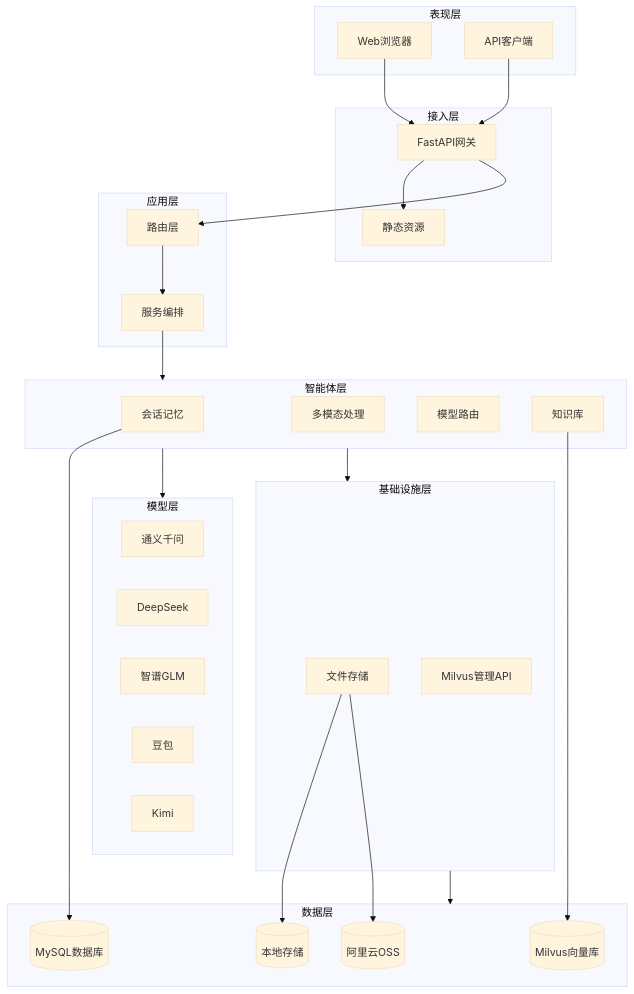
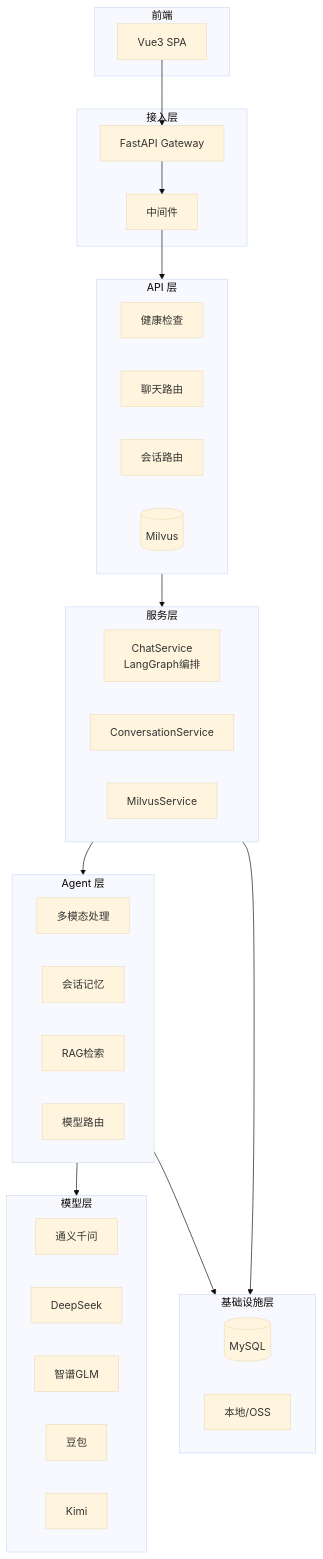
The second of 3 diagrams in README.md (chain-engine/x-XiChuang), drawn with Mermaid (base theme) before and after one commit. The commit also changed other lines of this file and 59 other files, not shown here.

Commit message:
refactor: rename app to api

````diff
--- a/README.md
+++ b/README.md
@@ -132,58 +265,54 @@
 ```mermaid
 graph TB
-    subgraph P[表现层]
-        WEB[Web浏览器]
-        API_CLIENT[API客户端]
+    subgraph P[前端]
+        WEB[Vue3 SPA]
     end
 
     subgraph A[接入层]
-        GATEWAY[FastAPI网关]
-        STATIC[静态资源]
+        FASTAPI[FastAPI Gateway]
+        MIDDLEWARE[中间件]
     end
 
-    subgraph APP[应用层]
-        ROUTER[路由层]
-        SERVICE[服务编排]
+    subgraph API[API 层]
+        HEALTH[健康检查]
+        CHAT[聊天路由]
+        CONV[会话路由]
+        MILVUS[Milvus路由]
     end
 
-    subgraph AGENT[智能体层]
+    subgraph SVC[服务层]
+        CHAT_SVC[ChatService<br/>LangGraph编排]
+        CONV_SVC[ConversationService]
+        MILVUS_SVC[MilvusService]
+    end
+
+    subgraph AGENT[Agent 层]
+        MULTIMODAL[多模态处理]
         MEMORY[会话记忆]
-        MULTIMODAL[多模态处理]
+        KNOWLEDGE[RAG检索]
         MODEL[模型路由]
-        KNOWLEDGE[知识库]
     end
 
     subgraph INFRA[基础设施层]
-        STORAGE[文件存储]
-        MILVUS_API[Milvus管理API]
+        MYSQL[(MySQL)]
+        MILVUS[(Milvus)]
+        STORAGE[本地/OSS]
     end
 
-    subgraph M[模型层]
+    subgraph LLM[模型层]
         TONGYI[通义千问]
         DEEPSEEK[DeepSeek]
         GLM[智谱GLM]
         DOUBAO[豆包]
         KIMI[Kimi]
     end
 
-    subgraph D[数据层]
-        MILVUS[(Milvus向量库)]
-        MYSQL[(MySQL数据库)]
-        LOCAL[(本地存储)]
-        OSS[(阿里云OSS)]
-    end
-
-    WEB --> GATEWAY
-    API_CLIENT --> GATEWAY
-    GATEWAY --> STATIC
-    GATEWAY --> ROUTER
-    ROUTER --> SERVICE
-    SERVICE --> AGENT
-    AGENT --> M
+    WEB --> FASTAPI
+    FASTAPI --> MIDDLEWARE
+    MIDDLEWARE --> API
+    API --> SVC
+    SVC --> AGENT
+    AGENT --> LLM
+    SVC --> INFRA
     AGENT --> INFRA
-    INFRA --> D
-    KNOWLEDGE --> MILVUS
-    MEMORY --> MYSQL
-    STORAGE --> LOCAL
-    STORAGE --> OSS
 ```
````
